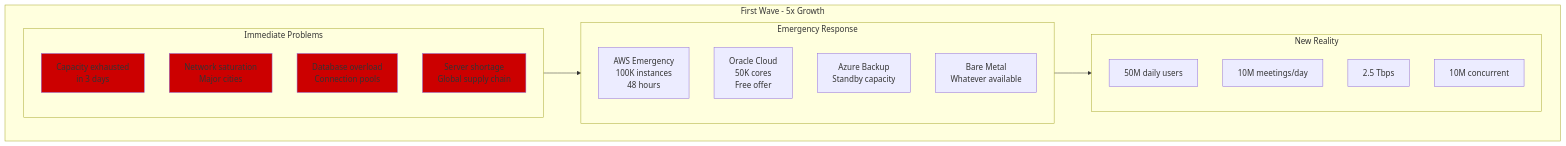
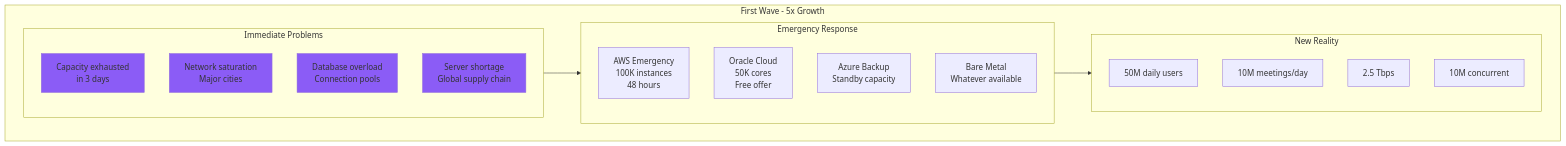
Before and after one commit to deepaucksharma/DS: the third of 9 diagrams in site/docs/capacity/zoom-covid-explosion.md, drawn with Mermaid. The commit also changed other lines of this file and 303 other files, not shown here.

````diff
--- a/site/docs/capacity/zoom-covid-explosion.md
+++ b/site/docs/capacity/zoom-covid-explosion.md
@@ -84,33 +84,33 @@
 ```mermaid
 graph TB
     subgraph Crisis1[First Wave - 5x Growth]
         subgraph Problems[Immediate Problems]
             CAP[Capacity exhausted<br/>in 3 days]
             NET[Network saturation<br/>Major cities]
             DB[Database overload<br/>Connection pools]
             SUPPLY[Server shortage<br/>Global supply chain]
         end
 
         subgraph Emergency[Emergency Response]
             AWS[AWS Emergency<br/>100K instances<br/>48 hours]
             ORACLE[Oracle Cloud<br/>50K cores<br/>Free offer]
             AZURE[Azure Backup<br/>Standby capacity]
             BARE[Bare Metal<br/>Whatever available]
         end
 
         subgraph Metrics[New Reality]
             USERS[50M daily users]
             MEETINGS[10M meetings/day]
             BANDWIDTH[2.5 Tbps]
             CONCURRENT[10M concurrent]
         end
     end
 
     Problems --> Emergency
     Emergency --> Metrics
 
-    style CAP fill:#CC0000
-    style NET fill:#CC0000
-    style DB fill:#CC0000
-    style SUPPLY fill:#CC0000
+    style CAP fill:#8B5CF6
+    style NET fill:#8B5CF6
+    style DB fill:#8B5CF6
+    style SUPPLY fill:#8B5CF6
 ```
````
